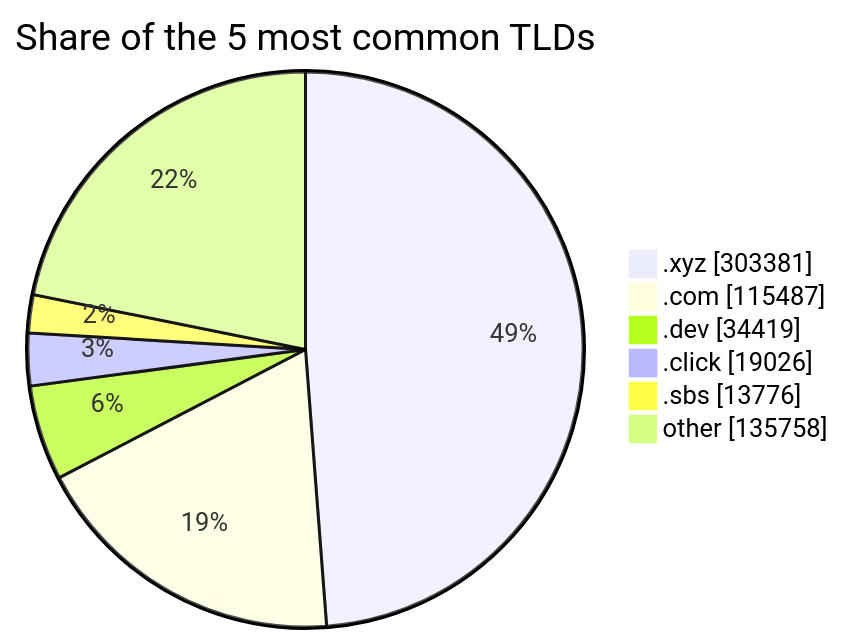
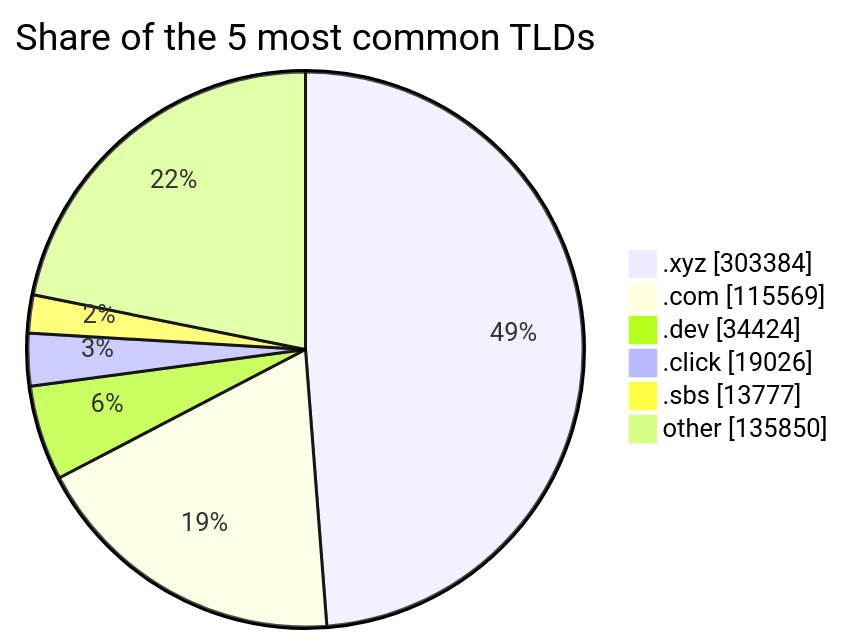
Before and after one commit to DNSBunker/CTI: the third of 3 diagrams in README.md, drawn with Mermaid. The commit also changed other lines of this file and 3 other files, not shown here.

````diff
--- a/README.md
+++ b/README.md
@@ -81,9 +81,9 @@
 ```mermaid
 pie showData title Share of the 5 most common TLDs
-    ".xyz" : 303381
-    ".com" : 115487
-    ".dev" : 34419
+    ".xyz" : 303384
+    ".com" : 115569
+    ".dev" : 34424
     ".click" : 19026
-    ".sbs" : 13776
-    "other" : 135758
+    ".sbs" : 13777
+    "other" : 135850
 ```
````
